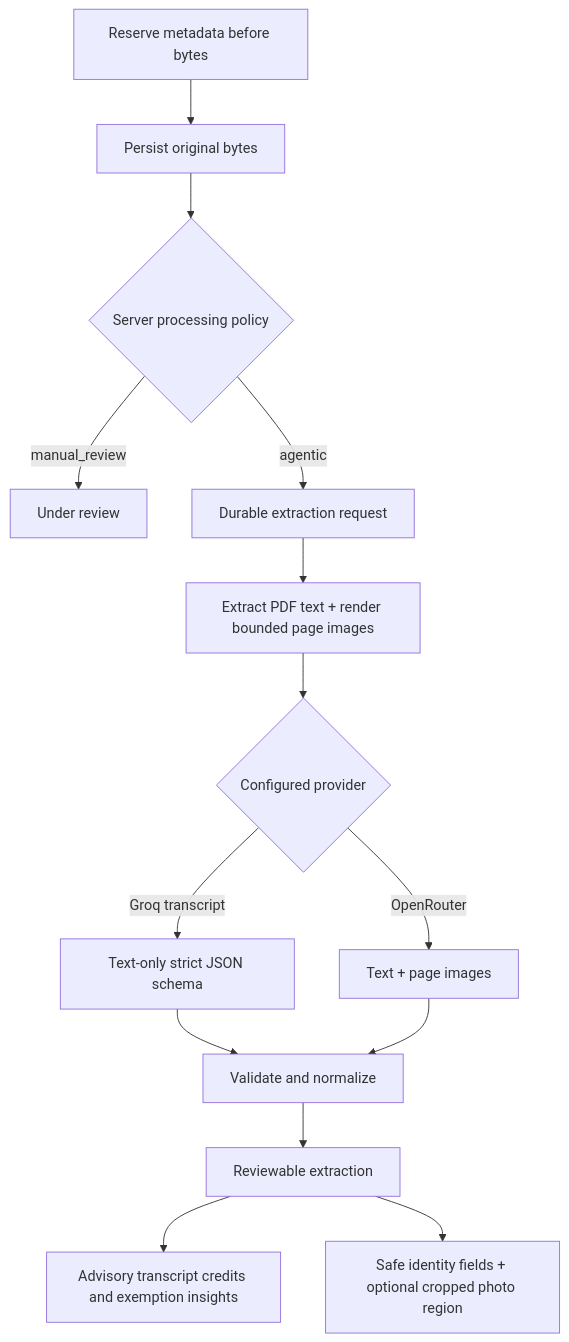
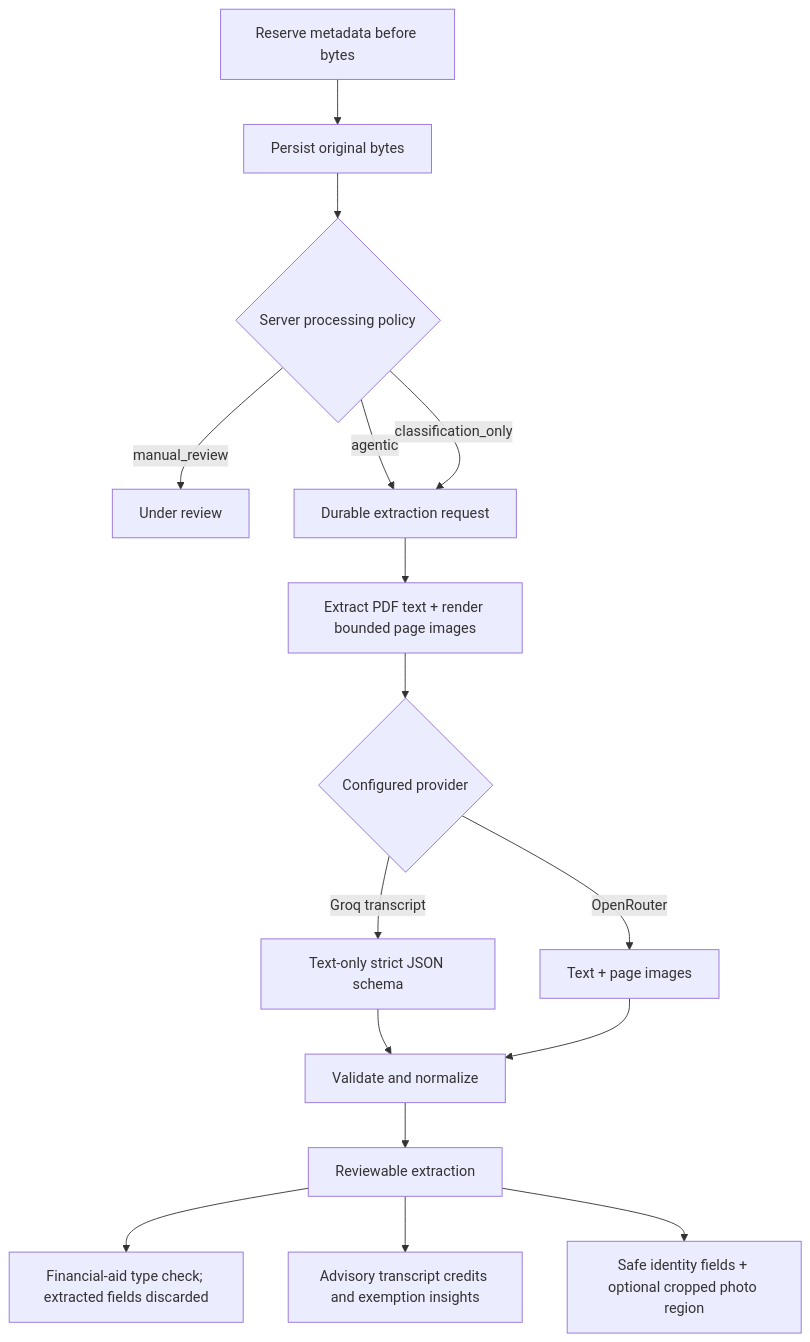
Before and after one commit to dhairya2801/audentra-platform-demo: the third of 3 diagrams in docs/14-current-implementation-map.md, drawn with Mermaid. The commit also changed other lines of this file and 34 other files, not shown here.

Commit message:
Harden student portal flows and add Codex handoff

````diff
--- a/docs/14-current-implementation-map.md
+++ b/docs/14-current-implementation-map.md
@@ -156,16 +156,18 @@
 ```mermaid
 flowchart TD
   Reserve["Reserve metadata before bytes"] --> Store["Persist original bytes"]
   Store --> Policy{"Server processing policy"}
   Policy -->|manual_review| Staff["Under review"]
   Policy -->|agentic| Queue["Durable extraction request"]
+  Policy -->|classification_only| Queue
   Queue --> Preprocess["Extract PDF text + render bounded page images"]
   Preprocess --> Provider{"Configured provider"}
   Provider -->|Groq transcript| Text["Text-only strict JSON schema"]
   Provider -->|OpenRouter| Multi["Text + page images"]
   Text --> Normalize["Validate and normalize"]
   Multi --> Normalize
   Normalize --> Result["Reviewable extraction"]
+  Result --> Financial["Financial-aid type check; extracted fields discarded"]
   Result --> Transcript["Advisory transcript credits and exemption insights"]
   Result --> Identity["Safe identity fields + optional cropped photo region"]
 ```
````
